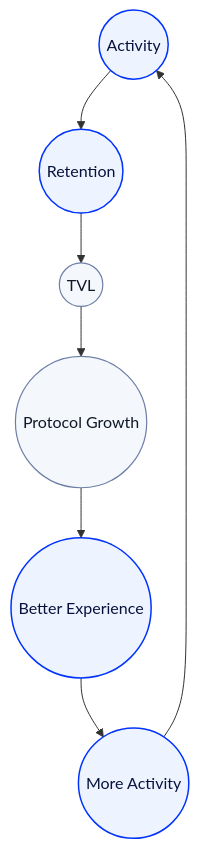
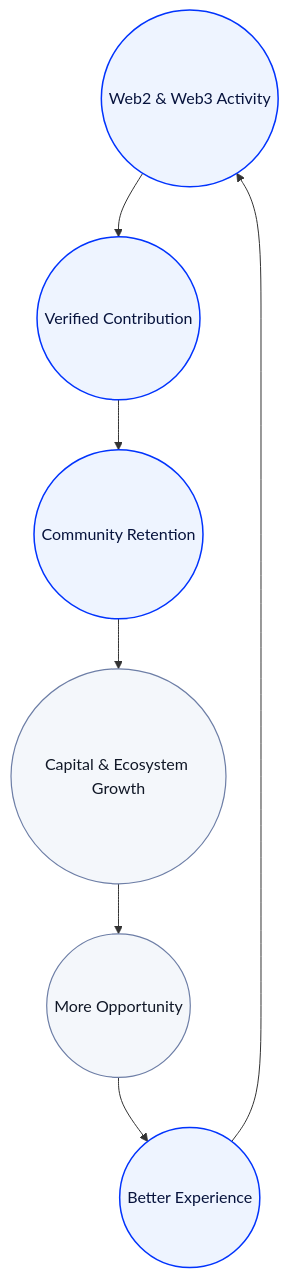
The diagram in whitepaper/new-value-flywheel.mdx (RocX-docs/docs), drawn with Mermaid before and after one commit. The commit also changed other lines of this file and 20 other files, not shown here.

Commit message:
Refine community retention messaging

````diff
--- a/whitepaper/new-value-flywheel.mdx
+++ b/whitepaper/new-value-flywheel.mdx
@@ -20,15 +22,15 @@
 ```mermaid
 flowchart TB
-  A((Activity)) --> B((Retention))
-  B --> C((TVL))
-  C --> D((Protocol Growth))
-  D --> E((Better Experience))
-  E --> F((More Activity))
+  A((Web2 & Web3 Activity)) --> B((Verified Contribution))
+  B --> C((Community Retention))
+  C --> D((Capital & Ecosystem Growth))
+  D --> E((More Opportunity))
+  E --> F((Better Experience))
   F --> A
 
   classDef flywheel fill:#eef4ff,stroke:#0133FD,stroke-width:1.5px,color:#07133d;
   classDef growth fill:#f4f7fb,stroke:#6d7ea6,stroke-width:1.2px,color:#111827;
 
-  class A,B,E,F flywheel;
-  class C,D growth;
+  class A,B,C,F flywheel;
+  class D,E growth;
 ```
````
